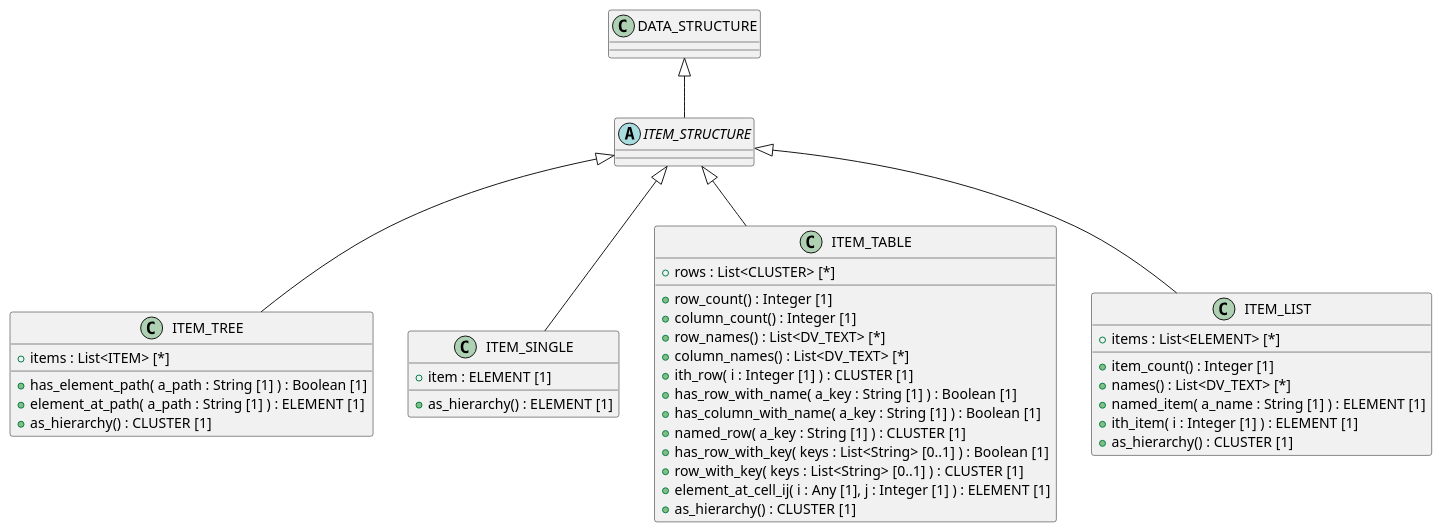
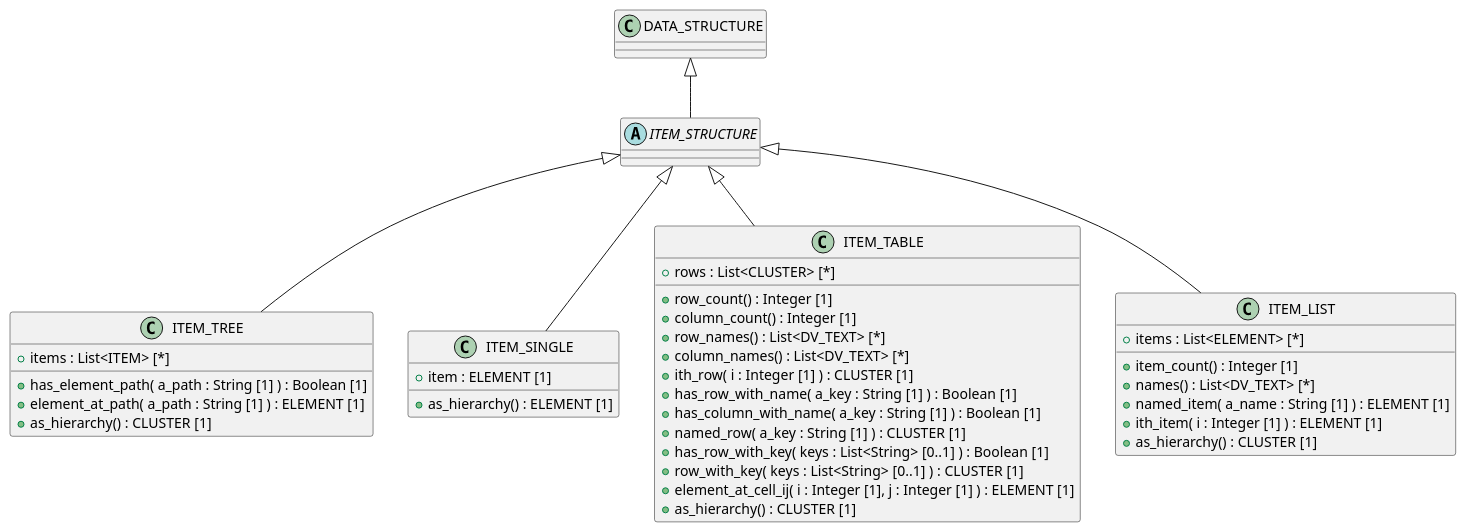
Before and after one commit to sebastian-iancu/code-generator: the diagram in code/Adoc/openehr_rm_1.1.0/plantUML/packages/org.openehr.rm.data_structures.item_structure.adoc, drawn with PlantUML. The commit also changed 719 other files, not shown here.

```diff
--- a/code/Adoc/openehr_rm_1.1.0/plantUML/packages/org.openehr.rm.data_structures.item_structure.adoc
+++ b/code/Adoc/openehr_rm_1.1.0/plantUML/packages/org.openehr.rm.data_structures.item_structure.adoc
@@ -1,52 +1,52 @@
 [plantuml,item_structure,format=svg,svg-type="inline"]
 -----
 @startuml
 
 abstract class ITEM_STRUCTURE {
 }
 
 class ITEM_TREE {
   + items : List<ITEM> [*]
   + has_element_path( a_path : String [1] ) : Boolean [1]
   + element_at_path( a_path : String [1] ) : ELEMENT [1]
   + as_hierarchy() : CLUSTER [1]
 }
 
 class ITEM_SINGLE {
   + item : ELEMENT [1]
   + as_hierarchy() : ELEMENT [1]
 }
 
 class ITEM_TABLE {
   + rows : List<CLUSTER> [*]
   + row_count() : Integer [1]
   + column_count() : Integer [1]
   + row_names() : List<DV_TEXT> [*]
   + column_names() : List<DV_TEXT> [*]
   + ith_row( i : Integer [1] ) : CLUSTER [1]
   + has_row_with_name( a_key : String [1] ) : Boolean [1]
   + has_column_with_name( a_key : String [1] ) : Boolean [1]
   + named_row( a_key : String [1] ) : CLUSTER [1]
   + has_row_with_key( keys : List<String> [0..1] ) : Boolean [1]
   + row_with_key( keys : List<String> [0..1] ) : CLUSTER [1]
-  + element_at_cell_ij( i : Any [1], j : Integer [1] ) : ELEMENT [1]
+  + element_at_cell_ij( i : Integer [1], j : Integer [1] ) : ELEMENT [1]
   + as_hierarchy() : CLUSTER [1]
 }
 
 class ITEM_LIST {
   + items : List<ELEMENT> [*]
   + item_count() : Integer [1]
   + names() : List<DV_TEXT> [*]
   + named_item( a_name : String [1] ) : ELEMENT [1]
   + ith_item( i : Integer [1] ) : ELEMENT [1]
   + as_hierarchy() : CLUSTER [1]
 }
 
 DATA_STRUCTURE <|-- ITEM_STRUCTURE
 ITEM_STRUCTURE <|-- ITEM_TREE
 ITEM_STRUCTURE <|-- ITEM_SINGLE
 ITEM_STRUCTURE <|-- ITEM_TABLE
 ITEM_STRUCTURE <|-- ITEM_LIST
 
 @enduml
 -----
```
